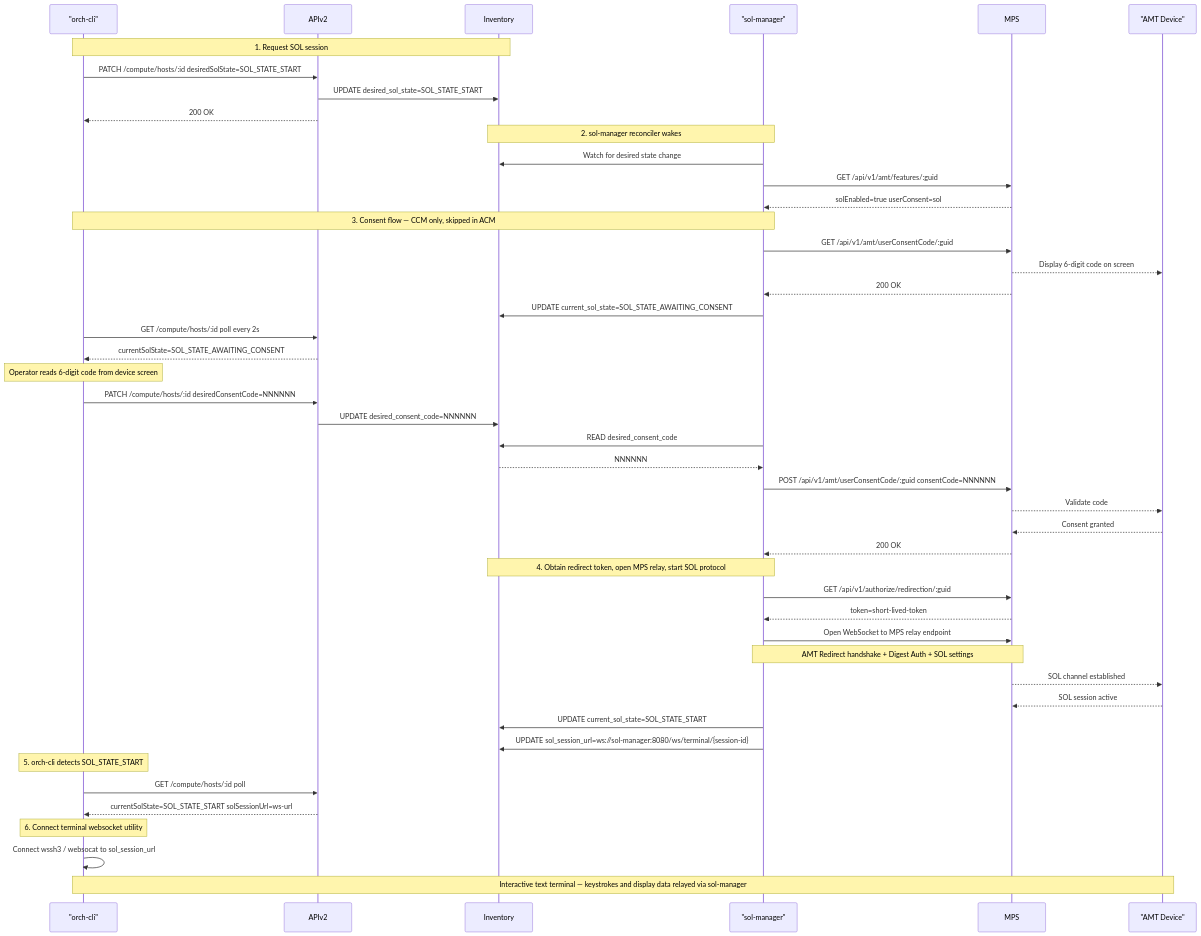
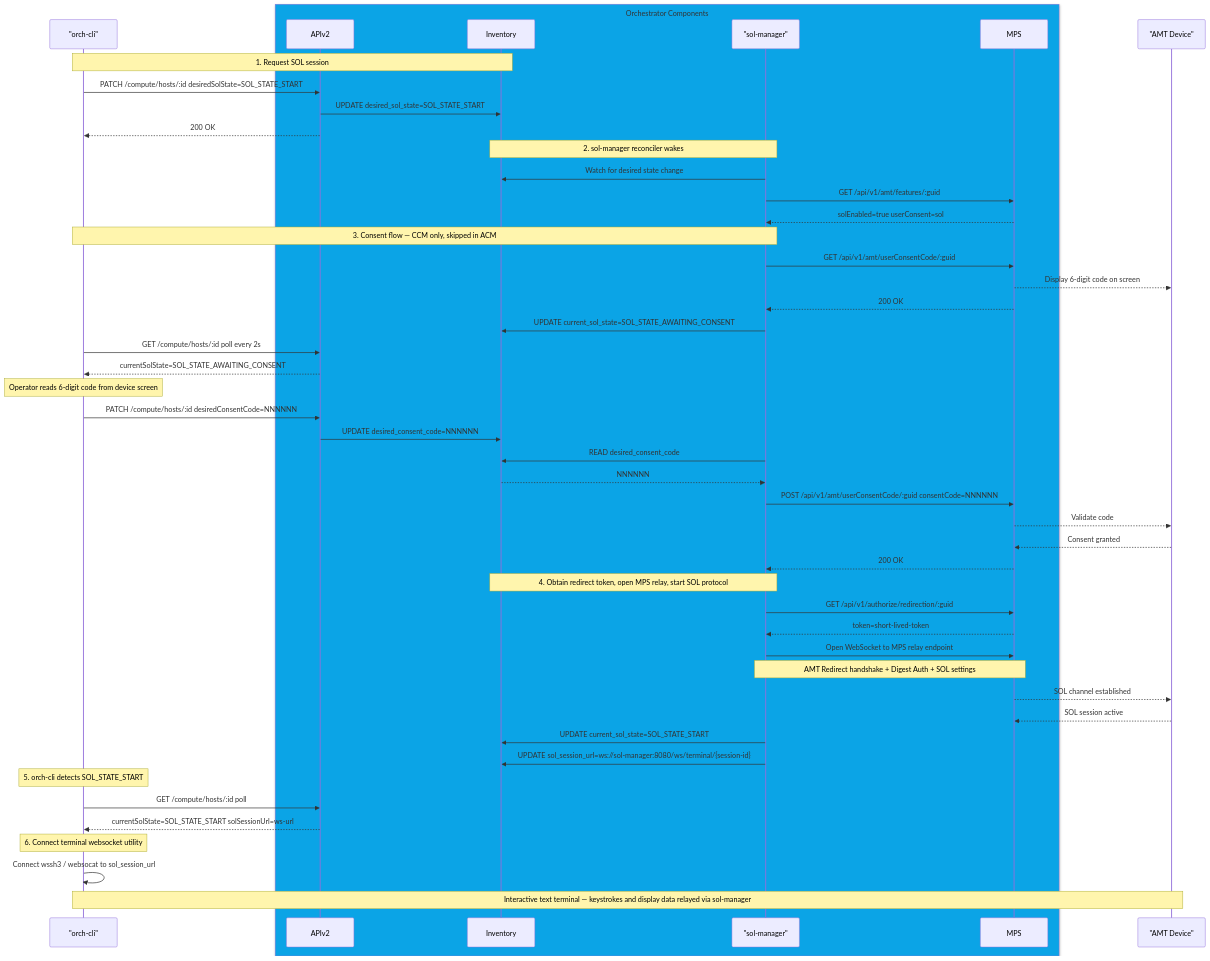
Before and after one commit to open-edge-platform/edge-manageability-framework: the second of 2 diagrams in design-proposals/vpro_sol_kvm.md, drawn with Mermaid. The commit also changed other lines of this file, not shown here.

````diff
--- a/design-proposals/vpro_sol_kvm.md
+++ b/design-proposals/vpro_sol_kvm.md
@@ -391,57 +394,59 @@
 ```mermaid
 sequenceDiagram
     participant CLI as "orch-cli"
+box rgba(11, 164, 230, 1) Orchestrator Components
     participant APIV2 as APIv2
     participant INV as Inventory
     participant SM as "sol-manager"
     participant MPS as MPS
+end
     participant AMT as "AMT Device"
 
     Note over CLI,INV: 1. Request SOL session
     CLI->>APIV2: PATCH /compute/hosts/:id desiredSolState=SOL_STATE_START
     APIV2->>INV: UPDATE desired_sol_state=SOL_STATE_START
     APIV2-->>CLI: 200 OK
 
     Note over SM,INV: 2. sol-manager reconciler wakes
     SM->>INV: Watch for desired state change
     SM->>MPS: GET /api/v1/amt/features/:guid
     MPS-->>SM: solEnabled=true userConsent=sol
 
     Note over SM,CLI: 3. Consent flow — CCM only, skipped in ACM
     SM->>MPS: GET /api/v1/amt/userConsentCode/:guid
     MPS-->>AMT: Display 6-digit code on screen
     MPS-->>SM: 200 OK
     SM->>INV: UPDATE current_sol_state=SOL_STATE_AWAITING_CONSENT
 
     CLI->>APIV2: GET /compute/hosts/:id poll every 2s
     APIV2-->>CLI: currentSolState=SOL_STATE_AWAITING_CONSENT
 
     Note over CLI: Operator reads 6-digit code from device screen
     CLI->>APIV2: PATCH /compute/hosts/:id desiredConsentCode=NNNNNN
     APIV2->>INV: UPDATE desired_consent_code=NNNNNN
 
     SM->>INV: READ desired_consent_code
     INV-->>SM: NNNNNN
     SM->>MPS: POST /api/v1/amt/userConsentCode/:guid consentCode=NNNNNN
     MPS-->>AMT: Validate code
     AMT-->>MPS: Consent granted
     MPS-->>SM: 200 OK
 
     Note over SM,INV: 4. Obtain redirect token, open MPS relay, start SOL protocol
     SM->>MPS: GET /api/v1/authorize/redirection/:guid
     MPS-->>SM: token=short-lived-token
     SM->>MPS: Open WebSocket to MPS relay endpoint
     Note over SM,MPS: AMT Redirect handshake + Digest Auth + SOL settings
     MPS-->>AMT: SOL channel established
     AMT-->>MPS: SOL session active
     SM->>INV: UPDATE current_sol_state=SOL_STATE_START
     SM->>INV: UPDATE sol_session_url=ws://sol-manager:8080/ws/terminal/{session-id}
 
     Note over CLI: 5. orch-cli detects SOL_STATE_START 
     CLI->>APIV2: GET /compute/hosts/:id poll
     APIV2-->>CLI: currentSolState=SOL_STATE_START solSessionUrl=ws-url
 
     Note over CLI: 6. Connect terminal websocket utility
     CLI->>CLI: Connect wssh3 / websocat to sol_session_url
     Note over CLI,AMT: Interactive text terminal — keystrokes and display data relayed via sol-manager
 ```
````
